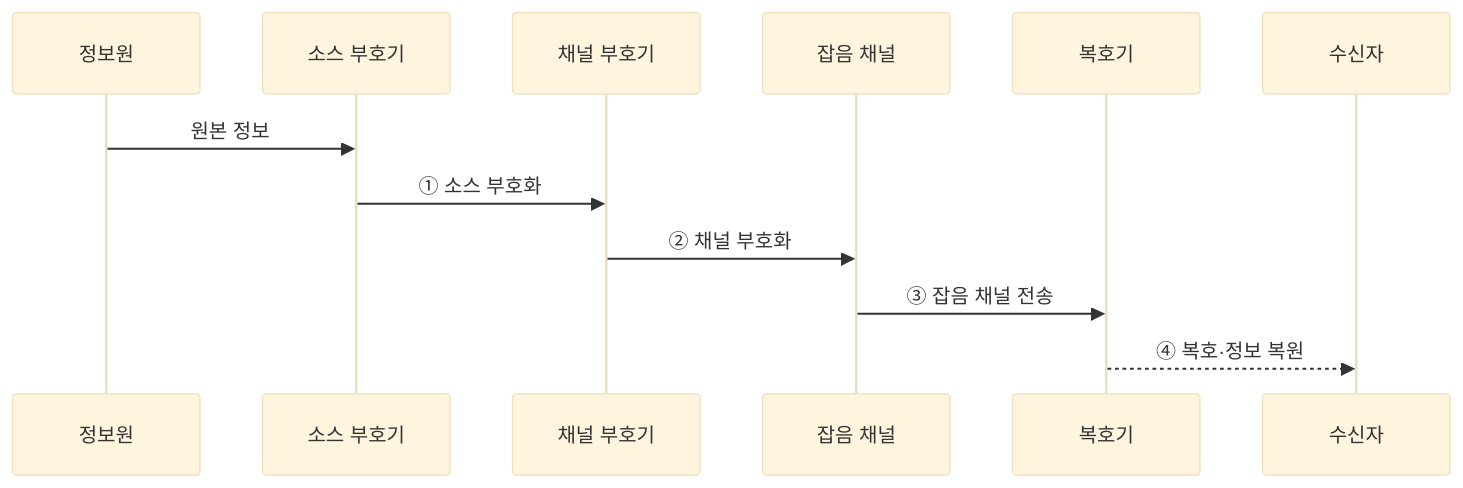
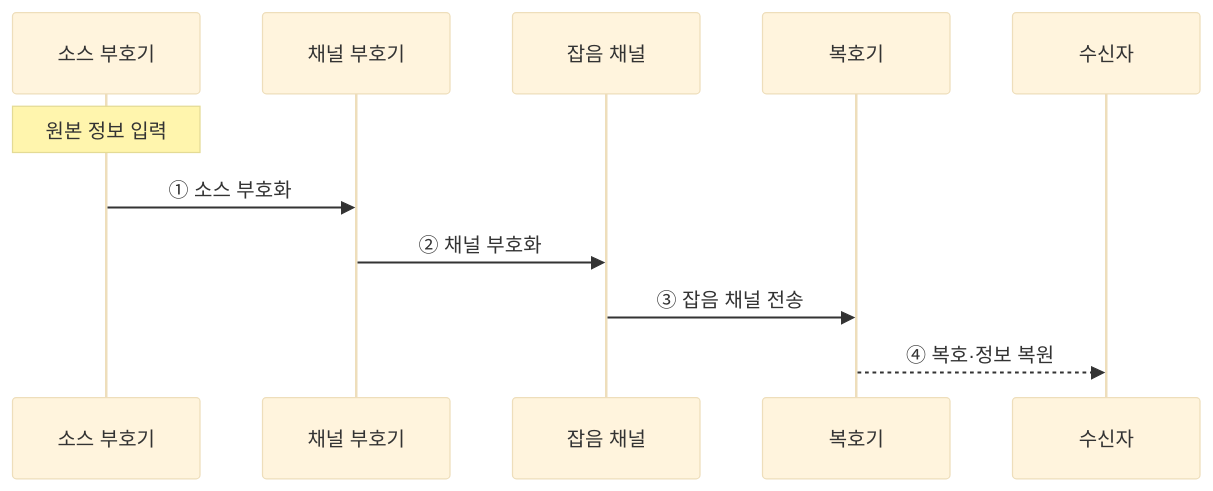
The third of 3 diagrams in src/content/docs/notes/01-basic-theory/029_information_theory.md (agnusdei1207/knowledge-base), drawn with Mermaid (base theme) before and after one commit. The commit also changed other lines of this file and 20 other files, not shown here.

````diff
--- a/src/content/docs/notes/01-basic-theory/029_information_theory.md
+++ b/src/content/docs/notes/01-basic-theory/029_information_theory.md
@@ -96,14 +96,13 @@
 ```mermaid
 sequenceDiagram
-    participant S as 정보원
     participant SE as 소스 부호기
     participant CE as 채널 부호기
     participant CH as 잡음 채널
     participant DE as 복호기
     participant R as 수신자
-    S->>SE: 원본 정보
+    Note over SE: 원본 정보 입력
     SE->>CE: ① 소스 부호화
     CE->>CH: ② 채널 부호화
     CH->>DE: ③ 잡음 채널 전송
     DE-->>R: ④ 복호·정보 복원
 ```
````
